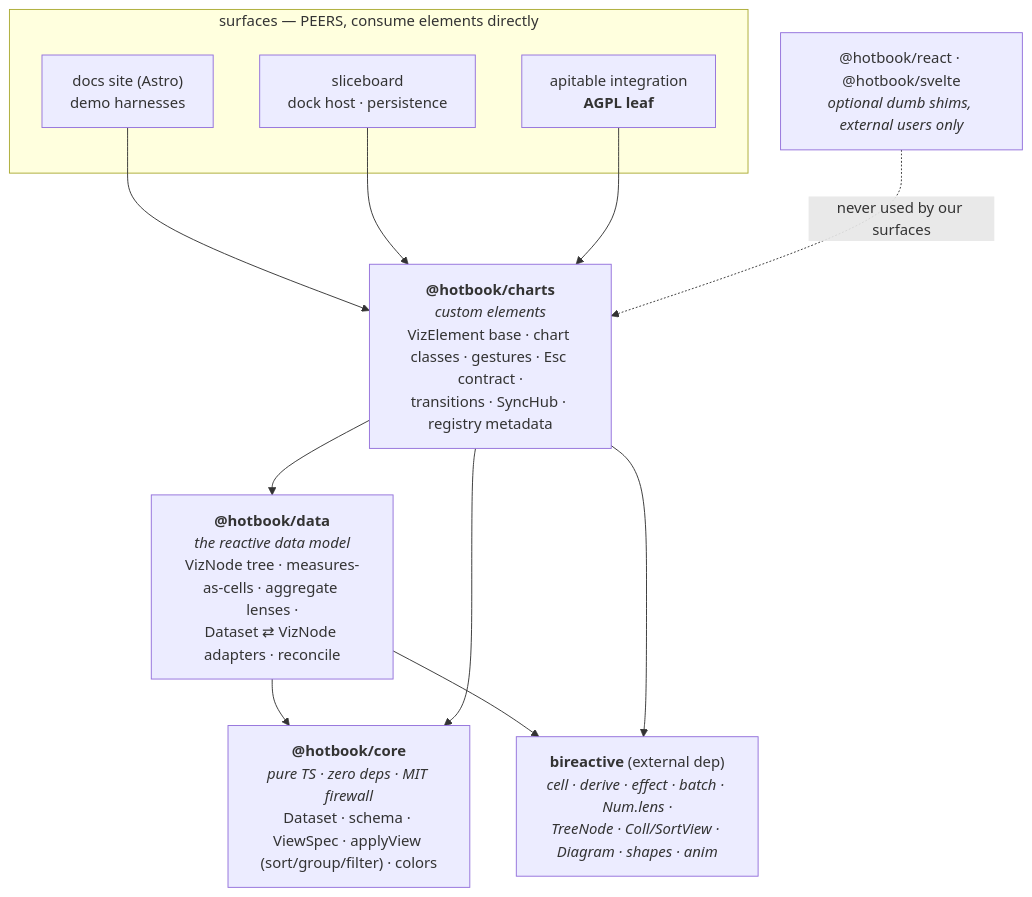
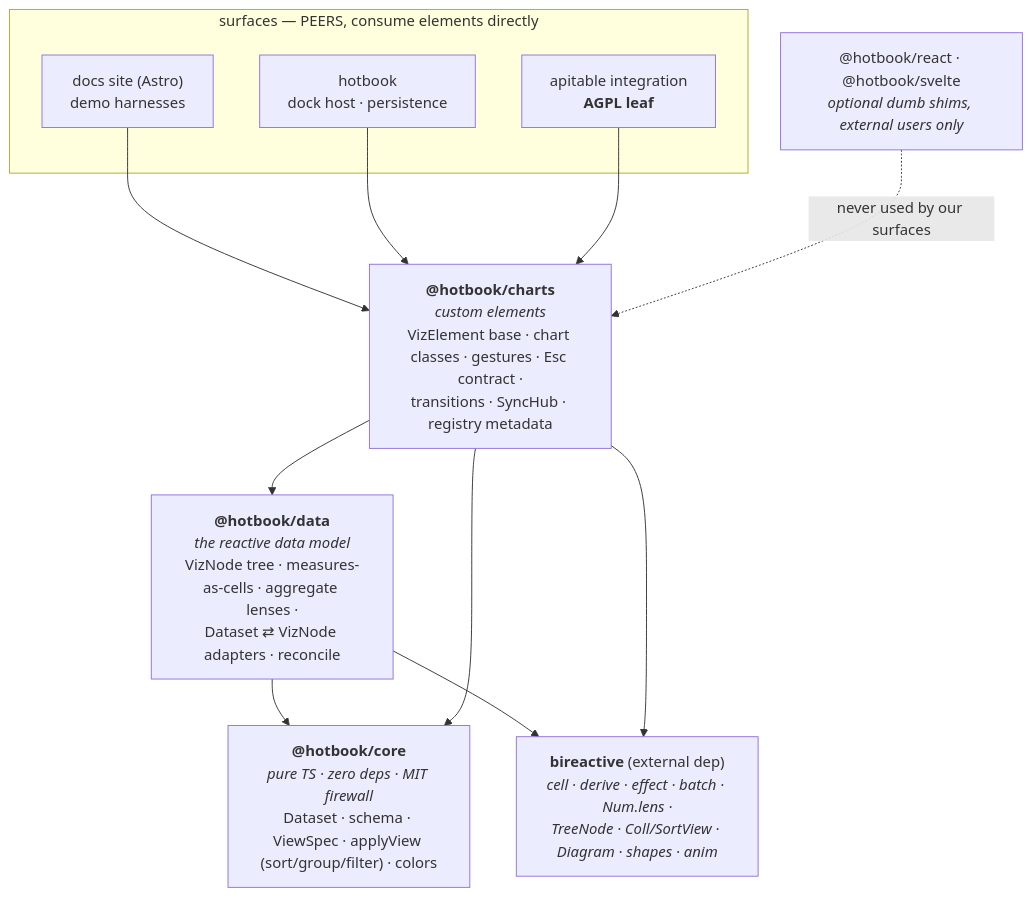
One commit to WinstonFassett/hotbook changed the first of 4 diagrams in wiki/rebuild-tech-design.md. Above: the diagram before and after it, drawn with Mermaid. The commit also changed other lines of this file and 43 other files, not shown here.

Commit message:
chore: Rename sliceboard to hotbook throughout codebase

````diff
--- a/wiki/rebuild-tech-design.md
+++ b/wiki/rebuild-tech-design.md
@@ -50,28 +50,28 @@
 ```mermaid
 graph TD
   br["<b>bireactive</b> (external dep)<br/><i>cell · derive · effect · batch · Num.lens ·<br/>TreeNode · Coll/SortView · Diagram · shapes · anim</i>"]
 
   core["<b>@hotbook/core</b><br/><i>pure TS · zero deps · MIT firewall</i><br/>Dataset · schema · ViewSpec · applyView (sort/group/filter) · colors"]
 
   data["<b>@hotbook/data</b><br/><i>the reactive data model</i><br/>VizNode tree · measures-as-cells · aggregate lenses ·<br/>Dataset ⇄ VizNode adapters · reconcile"]
 
   charts["<b>@hotbook/charts</b><br/><i>custom elements</i><br/>VizElement base · chart classes · gestures · Esc contract ·<br/>transitions · SyncHub · registry metadata"]
 
   subgraph surfaces["surfaces — PEERS, consume elements directly"]
     docs["docs site (Astro)<br/>demo harnesses"]
-    slice["sliceboard<br/>dock host · persistence"]
+    slice["hotbook<br/>dock host · persistence"]
     apit["apitable integration<br/><b>AGPL leaf</b>"]
   end
 
   shims["@hotbook/react · @hotbook/svelte<br/><i>optional dumb shims, external users only</i>"]
 
   data --> core
   data --> br
   charts --> data
   charts --> core
   charts --> br
   docs --> charts
   slice --> charts
   apit --> charts
   shims -.->|"never used by our surfaces"| charts
 ```
````
